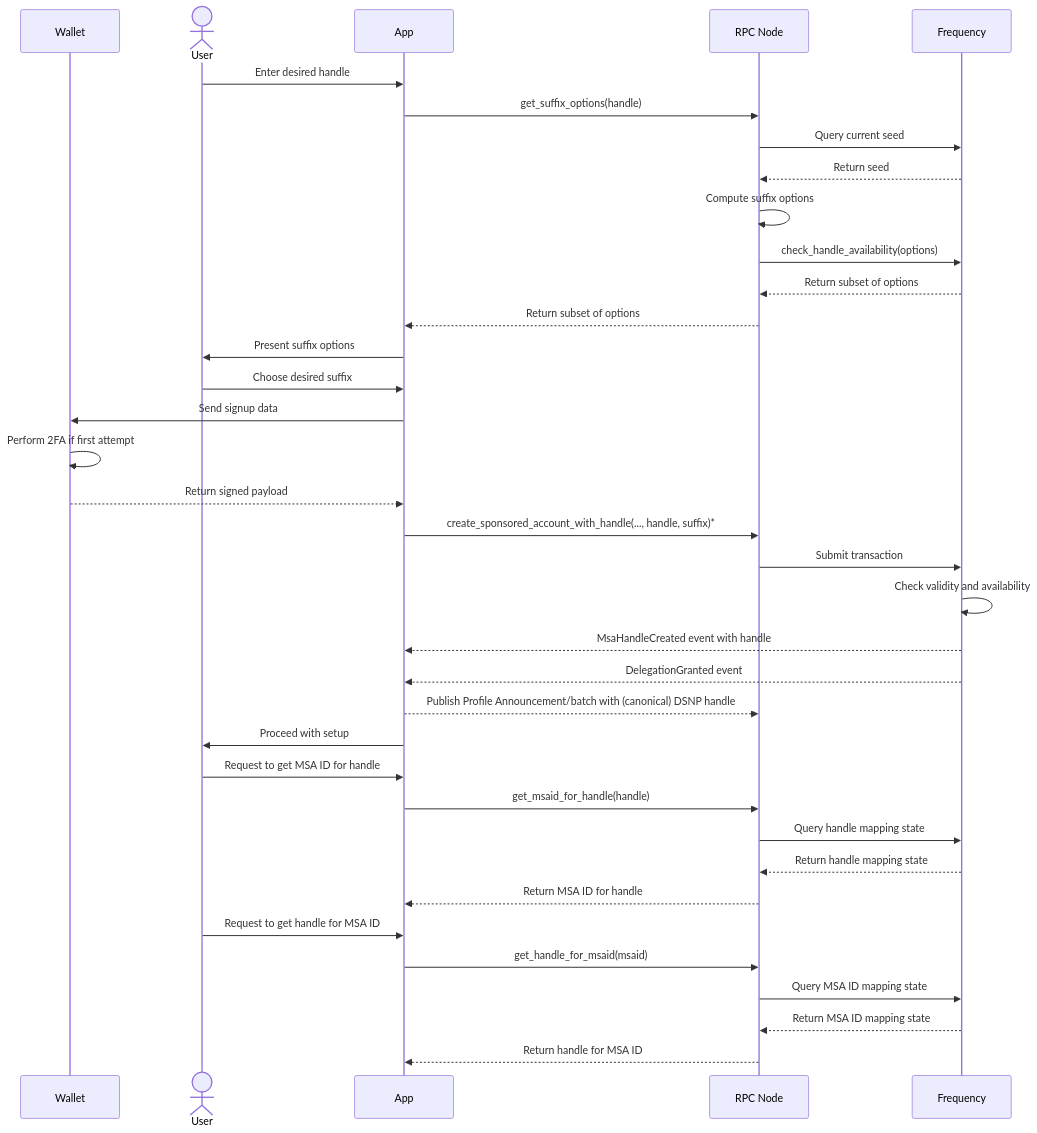
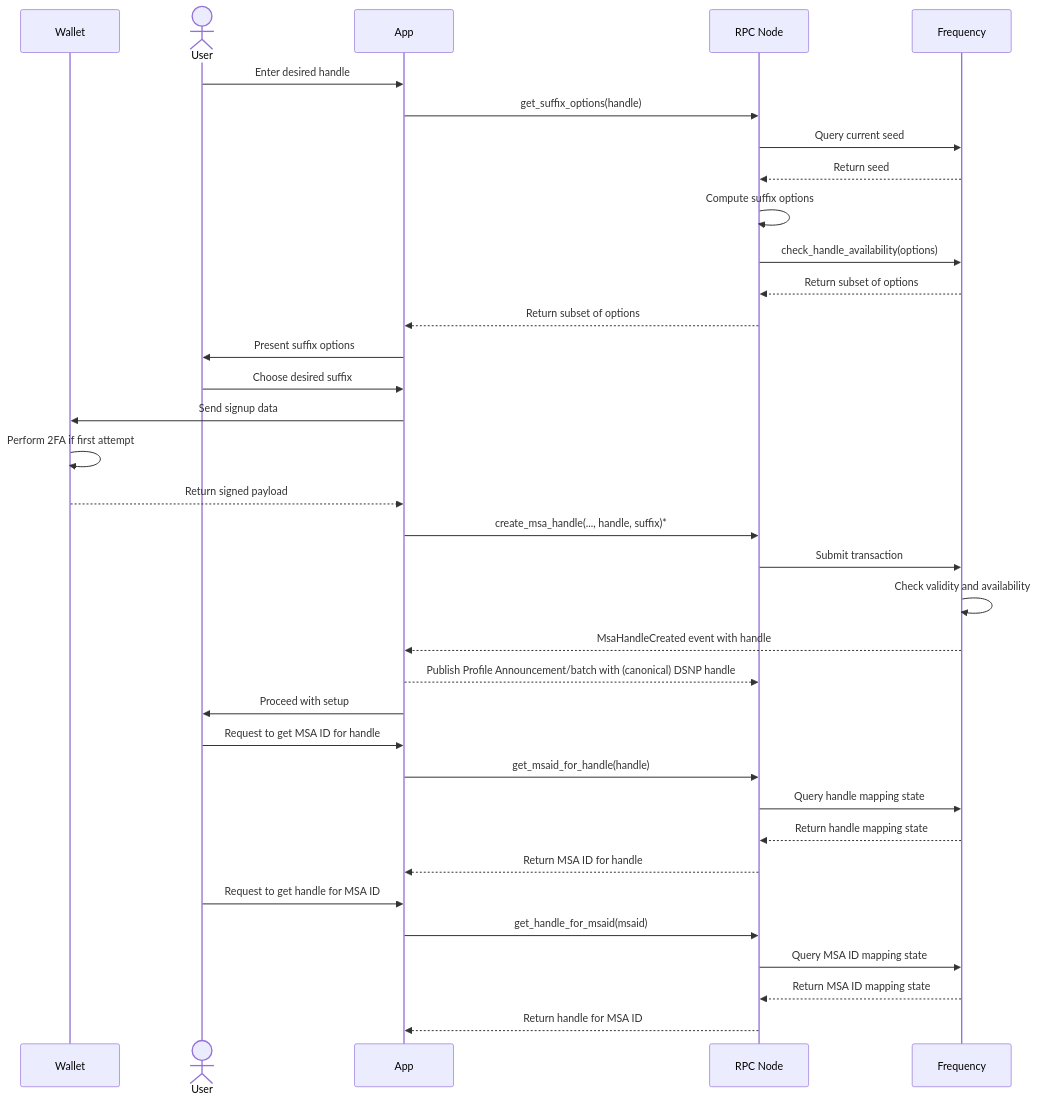
One commit to frequency-chain/frequency changed the first of 2 diagrams in designdocs/user-handles.md. Above: the diagram before and after it, drawn with Mermaid.

Commit message:
clean up sequence

````diff
--- a/designdocs/user-handles.md
+++ b/designdocs/user-handles.md
@@ -59,38 +59,37 @@
 ```mermaid
 sequenceDiagram
     participant Wallet
     actor User
     participant App
     participant RPC as RPC Node
     participant Chain as Frequency
     User->>App: Enter desired handle
     App->>RPC: get_suffix_options(handle)
     RPC->>Chain: Query current seed
     Chain-->>RPC: Return seed
     RPC->>RPC: Compute suffix options
     RPC->>Chain: check_handle_availability(options)
     Chain-->>RPC: Return subset of options
     RPC-->>App: Return subset of options
     App->>User: Present suffix options
     User->>App: Choose desired suffix
     App->>Wallet: Send signup data
     Wallet->>Wallet: Perform 2FA if first attempt
     Wallet-->>App: Return signed payload
-    App->>RPC: create_sponsored_account_with_handle(..., handle, suffix)*
+    App->>RPC: create_msa_handle(..., handle, suffix)*
     RPC->>Chain: Submit transaction
     Chain->>Chain: Check validity and availability
     Chain-->>App: MsaHandleCreated event with handle
-    Chain-->>App: DelegationGranted event
     App-->>RPC: Publish Profile Announcement/batch with (canonical) DSNP handle
     App->>User: Proceed with setup
     User->>App: Request to get MSA ID for handle
     App->>RPC: get_msaid_for_handle(handle)
     RPC->>Chain: Query handle mapping state
     Chain-->>RPC: Return handle mapping state
     RPC-->>App: Return MSA ID for handle
     User->>App: Request to get handle for MSA ID
     App->>RPC: get_handle_for_msaid(msaid)
     RPC->>Chain: Query MSA ID mapping state
     Chain-->>RPC: Return MSA ID mapping state
     RPC-->>App: Return handle for MSA ID
 ```
````
